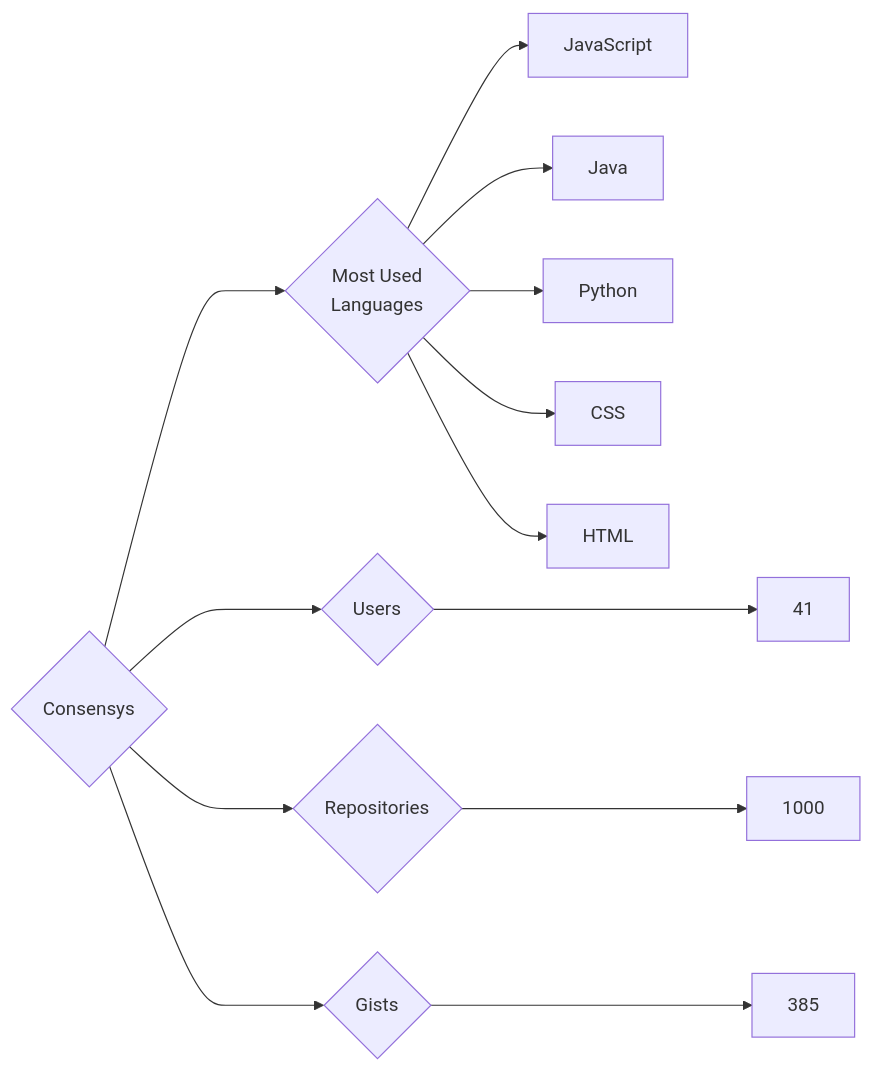
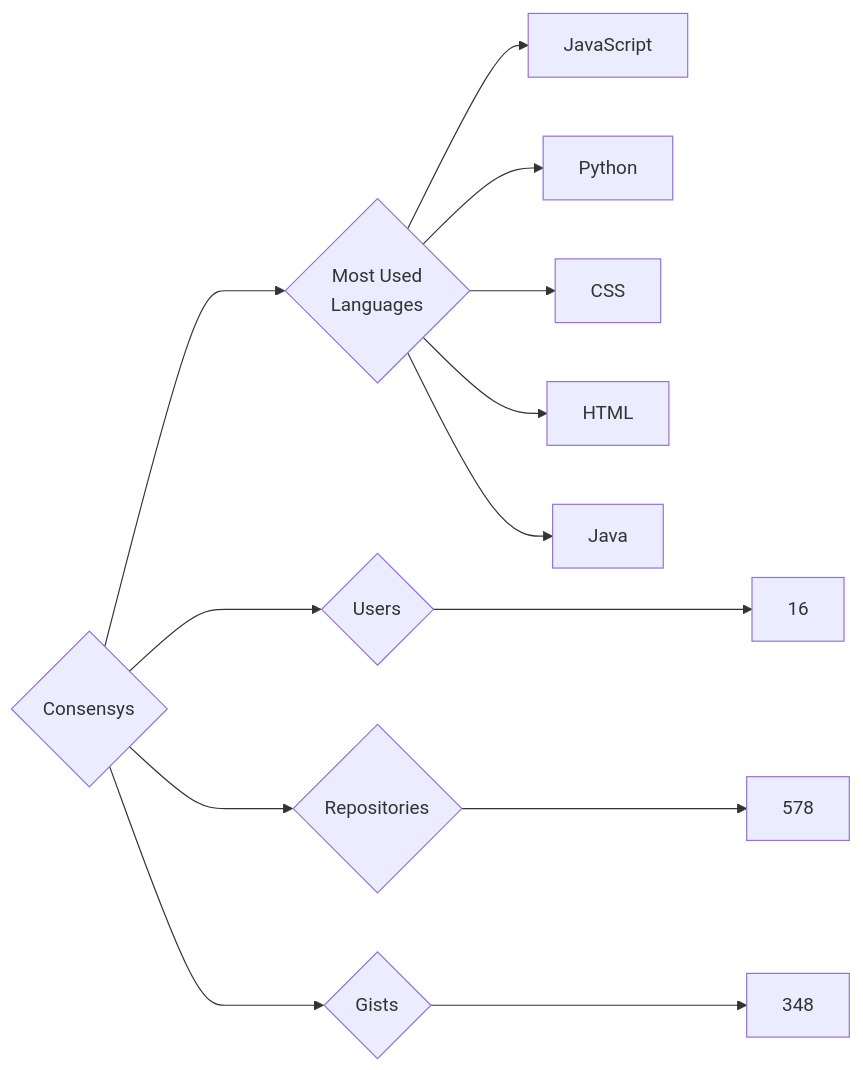
Before and after one commit to trickest/insiders: the diagram in targets/Consensys/README.md, drawn with Mermaid. The commit also changed 847 other files, not shown here.

````diff
--- a/targets/Consensys/README.md
+++ b/targets/Consensys/README.md
@@ -3,13 +3,13 @@
 ```mermaid
 graph LR
 COMPANY_NAME{Consensys}
-COMPANY_NAME ---> U{Users} ---> UN[41]
-COMPANY_NAME ---> R{Repositories} ---> RN[1000]
-COMPANY_NAME ---> G{Gists} ---> GN[385]
+COMPANY_NAME ---> U{Users} ---> UN[16]
+COMPANY_NAME ---> R{Repositories} ---> RN[578]
+COMPANY_NAME ---> G{Gists} ---> GN[348]
 COMPANY_NAME ---> ML{Most Used<br>Languages}
 ML --> JavaScript[JavaScript]
-ML --> Java[Java]
 ML --> Python[Python]
 ML --> CSS[CSS]
 ML --> HTML[HTML]
+ML --> Java[Java]
 ```
````
